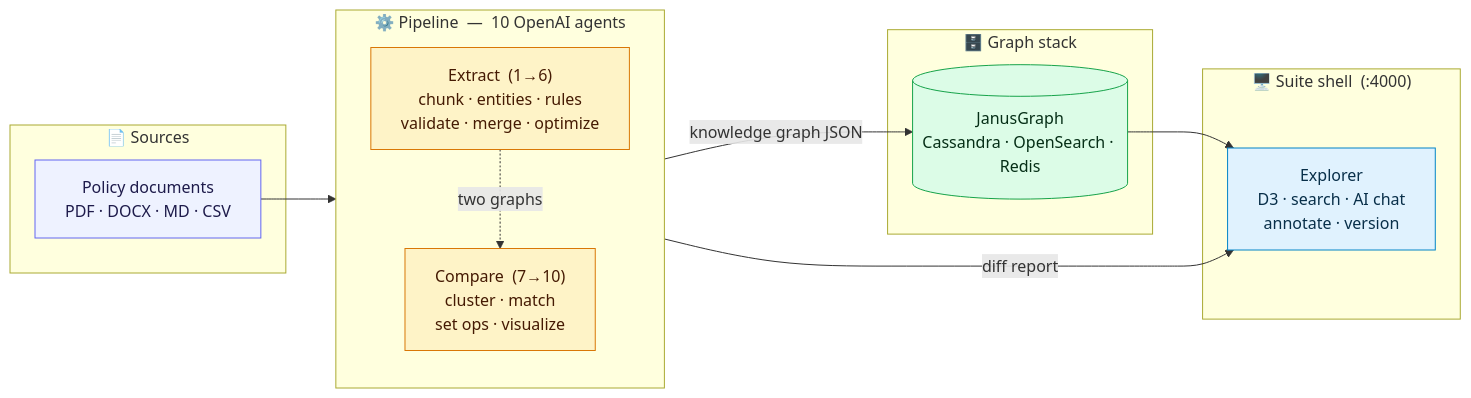
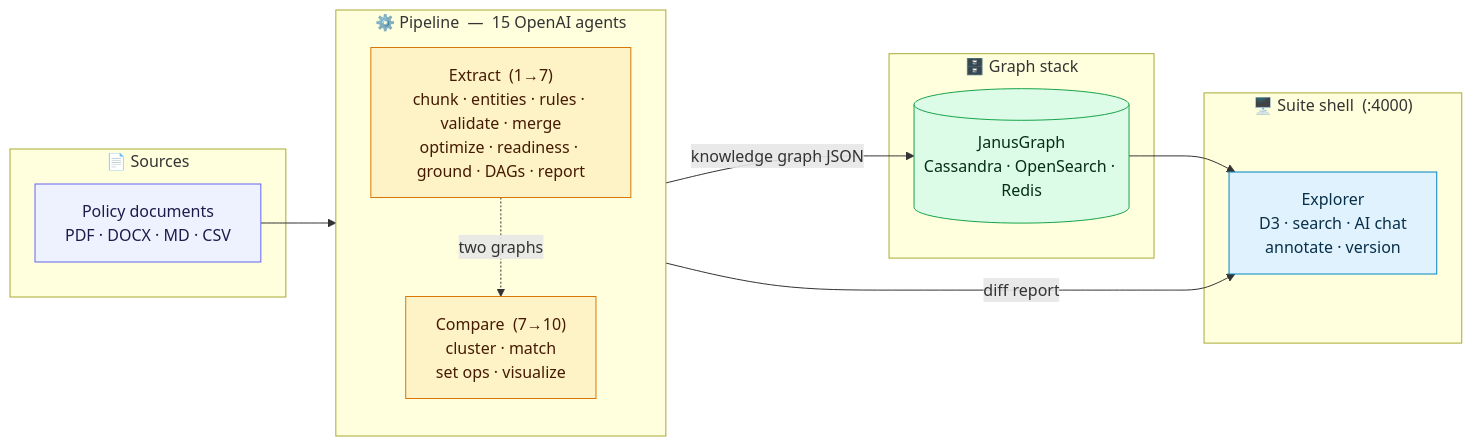
The first of 2 diagrams in README.md (rrahimi-uci/policy-to-knowledge), drawn with Mermaid before and after one commit. The commit also changed other lines of this file, not shown here.

First line of the commit message:
docs: describe the pipeline main actually runs, not the v0.0.1 snapshot (#130)

````diff
--- a/README.md
+++ b/README.md
@@ -70,35 +71,35 @@
 ```mermaid
 flowchart LR
     subgraph SRC["📄 Sources"]
         DOCS["Policy documents<br/>PDF · DOCX · MD · CSV"]
     end
 
-    subgraph PIPE["⚙️ Pipeline &nbsp;— &nbsp;10 OpenAI agents"]
+    subgraph PIPE["⚙️ Pipeline &nbsp;— &nbsp;15 OpenAI agents"]
         direction TB
-        EXTRACT["Extract &nbsp;(1→6)<br/>chunk · entities · rules<br/>validate · merge · optimize"]
+        EXTRACT["Extract &nbsp;(1→7)<br/>chunk · entities · rules · validate · merge<br/>optimize · readiness · ground · DAGs · report"]
         COMPARE["Compare &nbsp;(7→10)<br/>cluster · match<br/>set ops · visualize"]
         EXTRACT -.->|two graphs| COMPARE
     end
 
     subgraph STORE["🗄️ Graph stack"]
         JG[("JanusGraph<br/>Cassandra · OpenSearch · Redis")]
     end
 
     subgraph UI["🖥️ Suite shell &nbsp;(:4000)"]
         EXPLORER["Explorer<br/>D3 · search · AI chat<br/>annotate · version"]
     end
 
     DOCS --> EXTRACT
     EXTRACT -->|knowledge graph JSON| JG
     JG --> EXPLORER
     COMPARE -->|diff report| EXPLORER
 
     classDef src fill:#eef2ff,stroke:#6366f1,color:#1e1b4b;
     classDef pipe fill:#fef3c7,stroke:#d97706,color:#451a03;
     classDef store fill:#dcfce7,stroke:#16a34a,color:#052e16;
     classDef ui fill:#e0f2fe,stroke:#0284c7,color:#082f49;
     class DOCS src;
     class EXTRACT,COMPARE pipe;
     class JG store;
     class EXPLORER ui;
 ```
````
